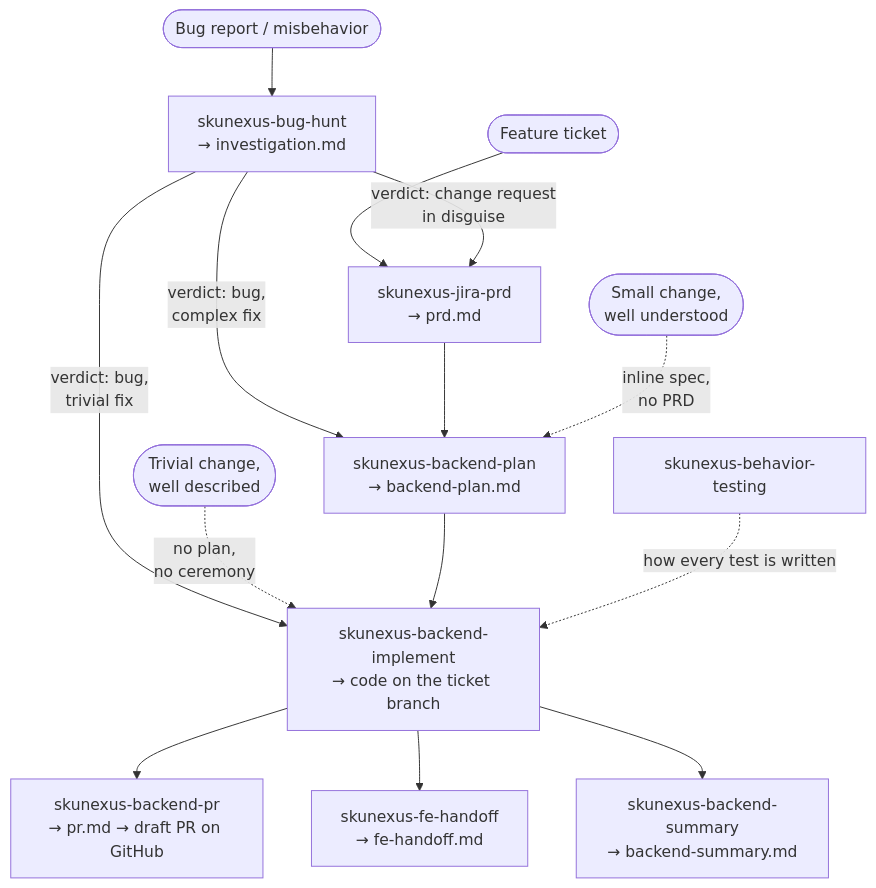
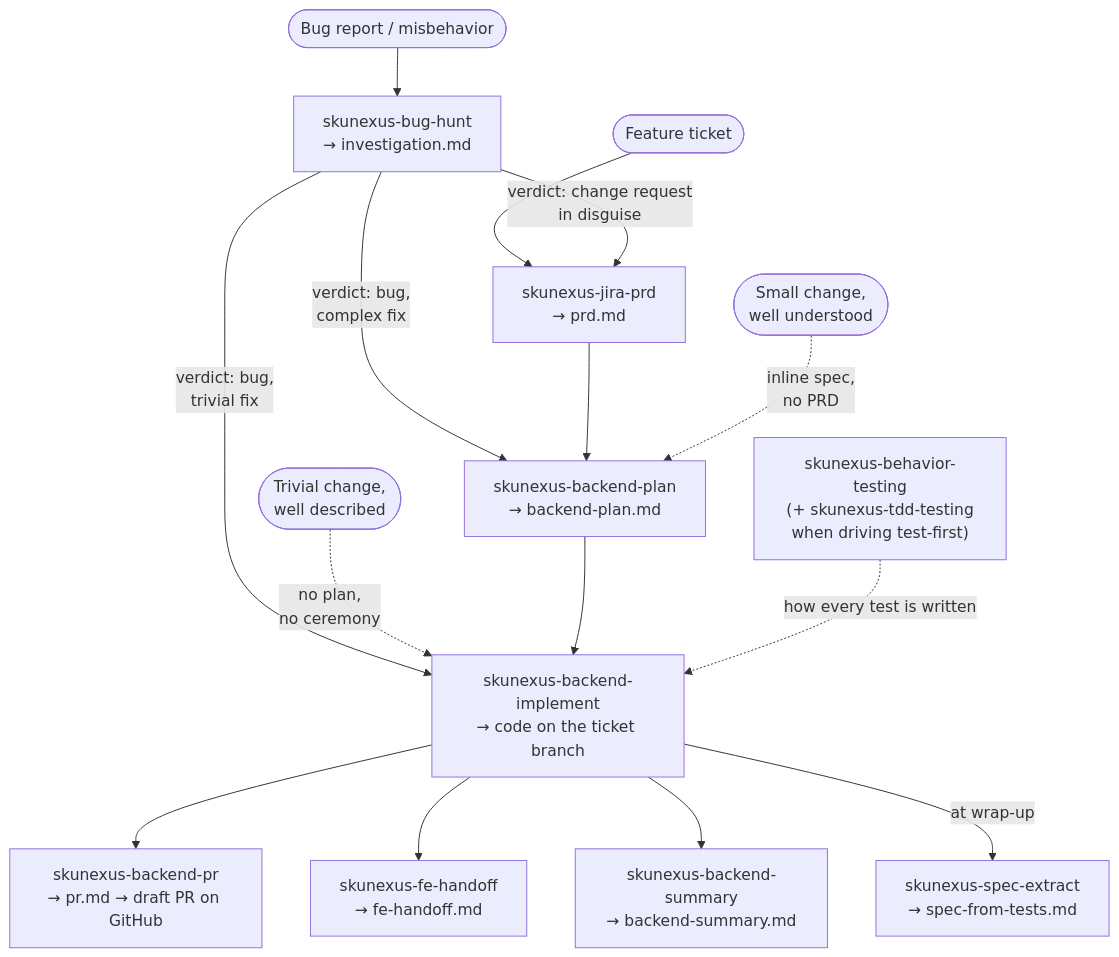
Before and after one commit to SkuNexus-Devs/skunexus-ai: the diagram in README.md, drawn with Mermaid. The commit also changed other lines of this file and 13 other files, not shown here.

First line of the commit message:
INT-441: spec-extract + TDD skills (follow-up to #2)

````diff
--- a/README.md
+++ b/README.md
@@ -33,16 +34,17 @@
 ```mermaid
 flowchart TD
     F([Feature ticket]) --> PRD["skunexus-jira-prd<br/>→ prd.md"]
     B([Bug report / misbehavior]) --> HUNT["skunexus-bug-hunt<br/>→ investigation.md"]
     HUNT -- "verdict: change request<br/>in disguise" --> PRD
     HUNT -- "verdict: bug,<br/>trivial fix" --> IMPL
     HUNT -- "verdict: bug,<br/>complex fix" --> PLAN
     PRD --> PLAN["skunexus-backend-plan<br/>→ backend-plan.md"]
     S([Small change,<br/>well understood]) -. inline spec,<br/>no PRD .-> PLAN
     T([Trivial change,<br/>well described]) -. no plan,<br/>no ceremony .-> IMPL
     PLAN --> IMPL["skunexus-backend-implement<br/>→ code on the ticket branch"]
     IMPL --> PR["skunexus-backend-pr<br/>→ pr.md → draft PR on GitHub"]
     IMPL --> FE["skunexus-fe-handoff<br/>→ fe-handoff.md"]
     IMPL --> SUM["skunexus-backend-summary<br/>→ backend-summary.md"]
-    BT["skunexus-behavior-testing"] -. how every test is written .-> IMPL
+    BT["skunexus-behavior-testing<br/>(+ skunexus-tdd-testing<br/>when driving test-first)"] -. how every test is written .-> IMPL
+    IMPL -- "at wrap-up" --> SPEC["skunexus-spec-extract<br/>→ spec-from-tests.md"]
 ```
````
